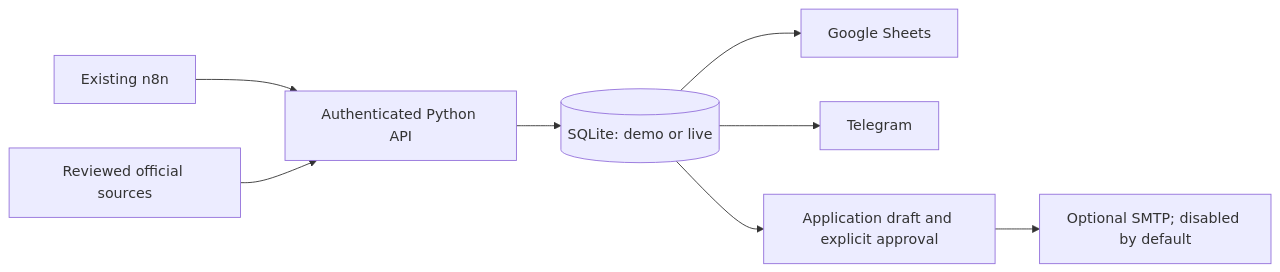
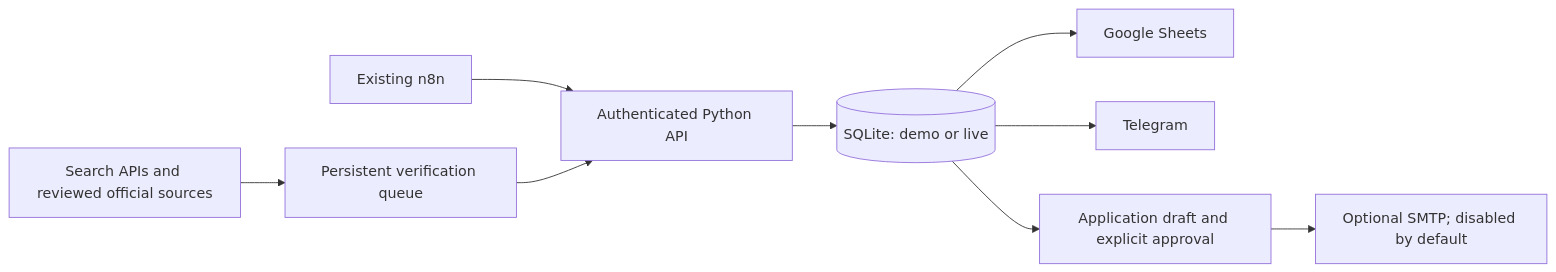
Before and after one commit to hanadi-ai-dev/-ai-internship-finder: the diagram in README.md, drawn with Mermaid. The commit also changed other lines of this file and 24 other files, not shown here.

Commit message:
Add automated search discovery with incremental source verification

````diff
--- a/README.md
+++ b/README.md
@@ -22,10 +22,11 @@
 ```mermaid
 flowchart LR
   N[Existing n8n] --> A[Authenticated Python API]
-  P[Reviewed official sources] --> A
+  P[Search APIs and reviewed official sources] --> Q[Persistent verification queue]
+  Q --> A
   A --> D[(SQLite: demo or live)]
   D --> G[Google Sheets]
   D --> T[Telegram]
   D --> R[Application draft and explicit approval]
   R --> S[Optional SMTP; disabled by default]
 ```
````
